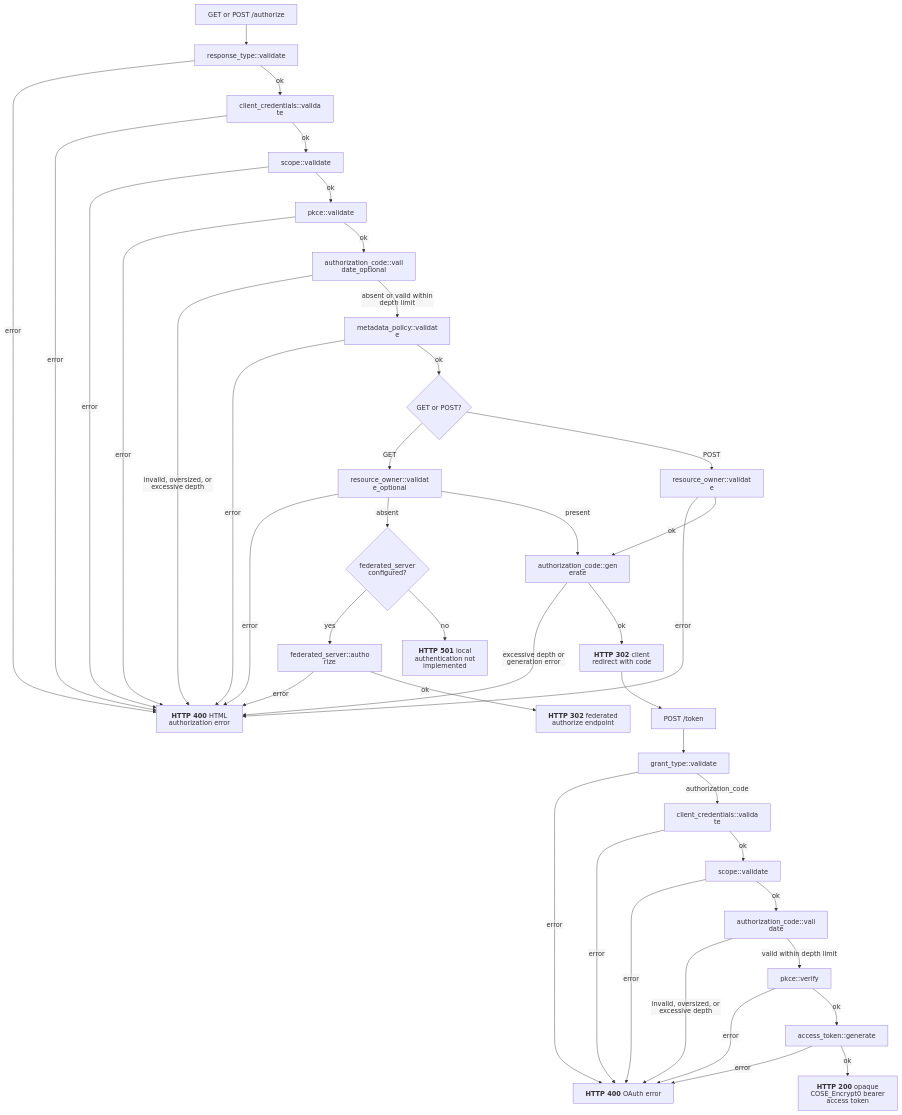
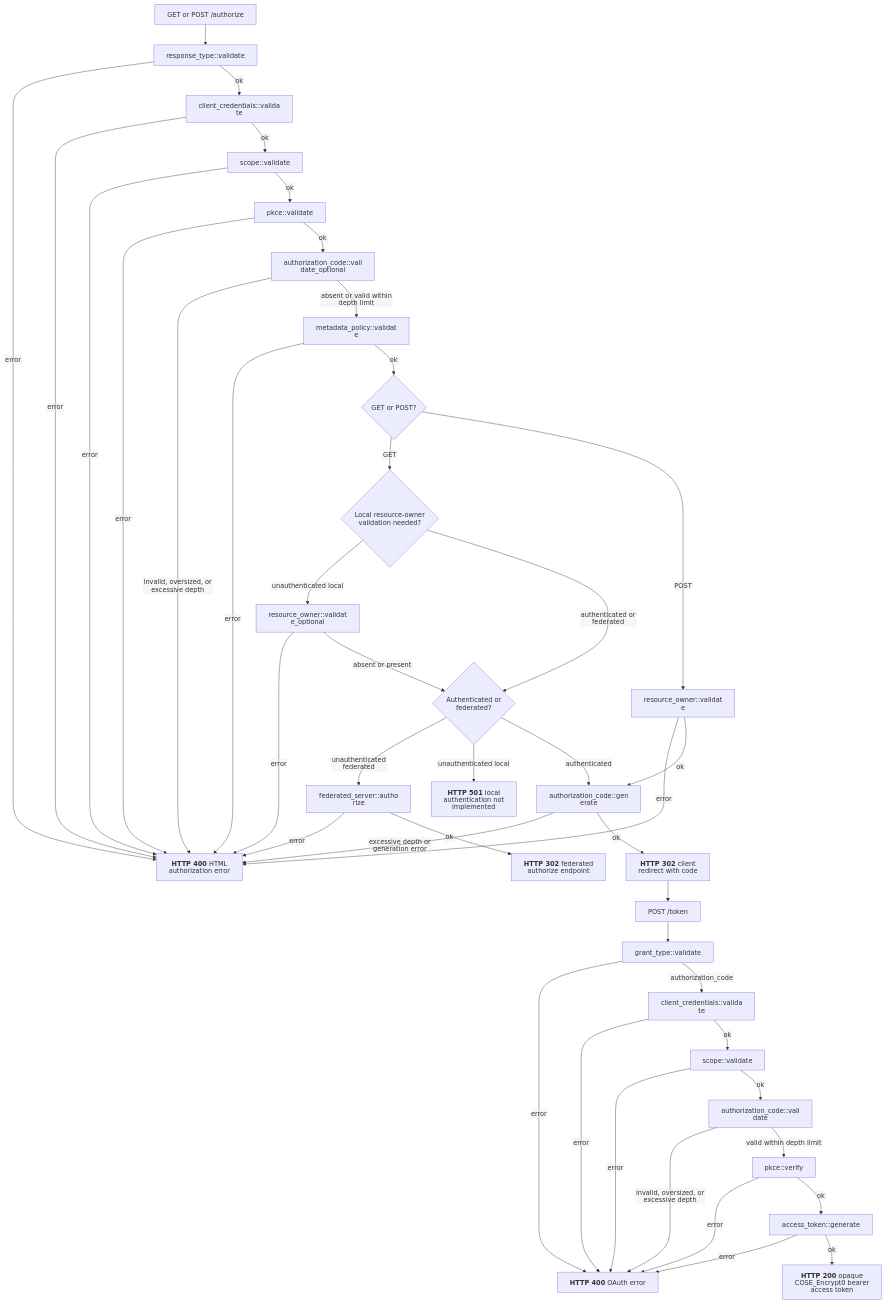
One commit to malach-it/kagome changed the diagram in docs/flows/oauth/authorization_code.mmd. Above: the diagram before and after it, drawn with Mermaid. The commit also changed 19 other files, not shown here.

Commit message:
fix: preserve wallet binding through federated siopv2 flow

```diff
--- a/docs/flows/oauth/authorization_code.mmd
+++ b/docs/flows/oauth/authorization_code.mmd
@@ -1,42 +1,44 @@
 %%{init: {"htmlLabels": false, "flowchart": {"htmlLabels": false}}}%%
 flowchart TD
     start[GET or POST /authorize] --> response_type["response_type::validate"]
     response_type -- error --> authorize_error["`**HTTP 400** HTML authorization error`"]
     response_type -- ok --> client["client_credentials::validate"]
     client -- error --> authorize_error
     client -- ok --> authorize_scope["scope::validate"]
     authorize_scope -- error --> authorize_error
     authorize_scope -- ok --> challenge["pkce::validate"]
     challenge -- error --> authorize_error
     challenge -- ok --> previous["authorization_code::validate_optional"]
     previous -- invalid, oversized, or excessive depth --> authorize_error
     previous -- absent or valid within depth limit --> policy["metadata_policy::validate"]
     policy -- error --> authorize_error
     policy -- ok --> method{GET or POST?}
-    method -- GET --> owner_optional["resource_owner::validate_optional"]
+    method -- GET --> local_auth{Local resource-owner validation needed?}
+    local_auth -- unauthenticated local --> owner_optional["resource_owner::validate_optional"]
     owner_optional -- error --> authorize_error
-    owner_optional -- absent --> federation{federated_server configured?}
-    federation -- yes --> federate["federated_server::authorize"]
+    owner_optional -- absent or present --> authentication{Authenticated or federated?}
+    local_auth -- authenticated or federated --> authentication
+    authentication -- unauthenticated federated --> federate["federated_server::authorize"]
     federate -- error --> authorize_error
     federate -- ok --> federated_redirect["`**HTTP 302** federated authorize endpoint`"]
-    federation -- no --> not_implemented["`**HTTP 501** local authentication not implemented`"]
-    owner_optional -- present --> issue
+    authentication -- unauthenticated local --> not_implemented["`**HTTP 501** local authentication not implemented`"]
+    authentication -- authenticated --> issue
     method -- POST --> owner["resource_owner::validate"]
     owner -- error --> authorize_error
     owner -- ok --> issue["authorization_code::generate"]
     issue -- excessive depth or generation error --> authorize_error
     issue -- ok --> redirect["`**HTTP 302** client redirect with code`"]
     redirect --> token[POST /token]
     token --> grant["grant_type::validate"]
     grant -- error --> token_error["`**HTTP 400** OAuth error`"]
     grant -- authorization_code --> token_client["client_credentials::validate"]
     token_client -- error --> token_error
     token_client -- ok --> token_scope["scope::validate"]
     token_scope -- error --> token_error
     token_scope -- ok --> code["authorization_code::validate"]
     code -- invalid, oversized, or excessive depth --> token_error
     code -- valid within depth limit --> verifier["pkce::verify"]
     verifier -- error --> token_error
     verifier -- ok --> access["access_token::generate"]
     access -- error --> token_error
     access -- ok --> success["`**HTTP 200** opaque COSE_Encrypt0 bearer access token`"]
```
